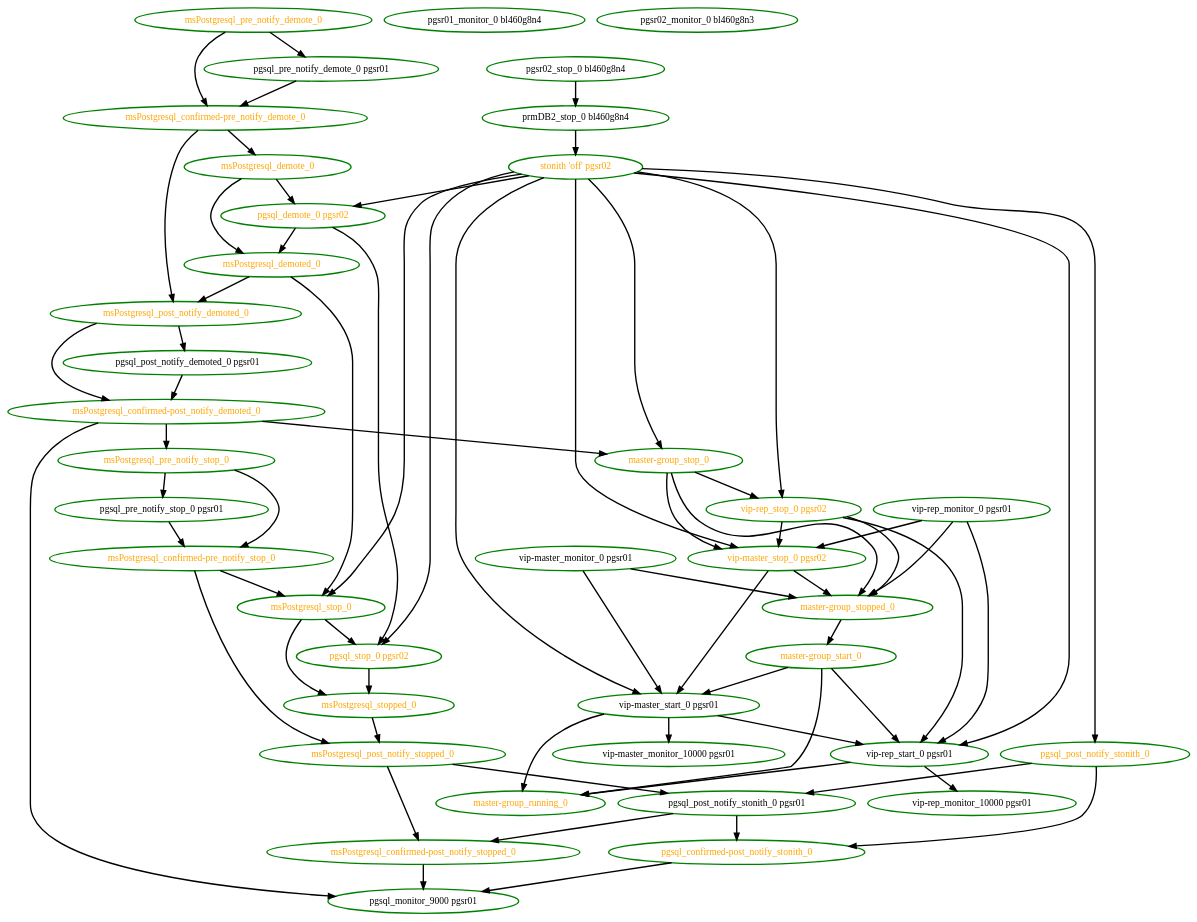
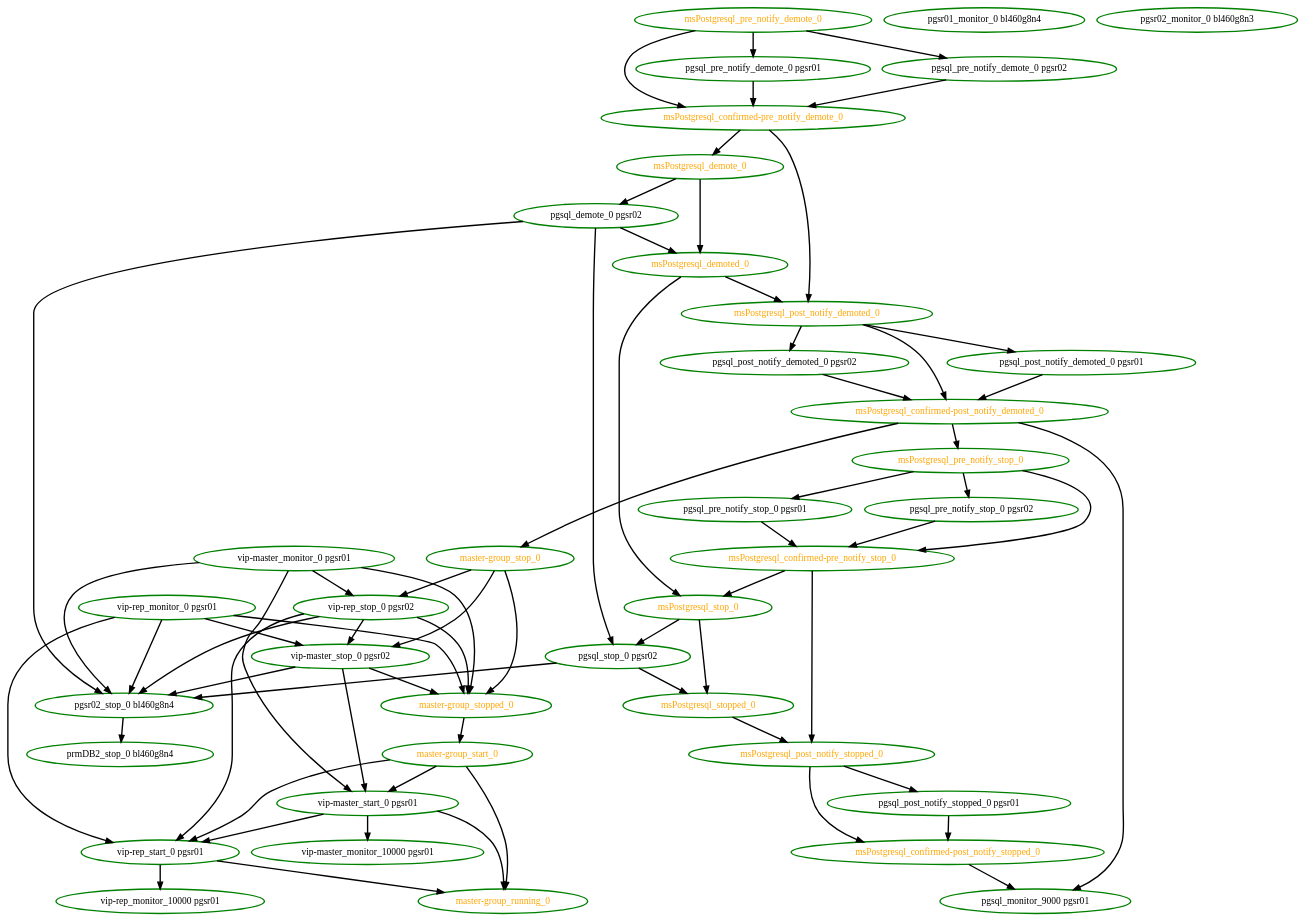
Before and after one commit to ClusterLabs/pacemaker: the diagram in cts/scheduler/dot/bug-cl-5247.dot, drawn with Graphviz. The commit also changed 21 other files, not shown here.

```diff
--- a/cts/scheduler/dot/bug-cl-5247.dot
+++ b/cts/scheduler/dot/bug-cl-5247.dot
@@ -1,107 +1,106 @@
  digraph "g" {
 "master-group_running_0" [ style=bold color="green" fontcolor="orange"]
 "master-group_start_0" -> "master-group_running_0" [ style = bold]
 "master-group_start_0" -> "vip-master_start_0 pgsr01" [ style = bold]
 "master-group_start_0" -> "vip-rep_start_0 pgsr01" [ style = bold]
 "master-group_start_0" [ style=bold color="green" fontcolor="orange"]
 "master-group_stop_0" -> "master-group_stopped_0" [ style = bold]
 "master-group_stop_0" -> "vip-master_stop_0 pgsr02" [ style = bold]
 "master-group_stop_0" -> "vip-rep_stop_0 pgsr02" [ style = bold]
 "master-group_stop_0" [ style=bold color="green" fontcolor="orange"]
 "master-group_stopped_0" -> "master-group_start_0" [ style = bold]
 "master-group_stopped_0" [ style=bold color="green" fontcolor="orange"]
 "msPostgresql_confirmed-post_notify_demoted_0" -> "master-group_stop_0" [ style = bold]
 "msPostgresql_confirmed-post_notify_demoted_0" -> "msPostgresql_pre_notify_stop_0" [ style = bold]
 "msPostgresql_confirmed-post_notify_demoted_0" -> "pgsql_monitor_9000 pgsr01" [ style = bold]
 "msPostgresql_confirmed-post_notify_demoted_0" [ style=bold color="green" fontcolor="orange"]
 "msPostgresql_confirmed-post_notify_stopped_0" -> "pgsql_monitor_9000 pgsr01" [ style = bold]
 "msPostgresql_confirmed-post_notify_stopped_0" [ style=bold color="green" fontcolor="orange"]
 "msPostgresql_confirmed-pre_notify_demote_0" -> "msPostgresql_demote_0" [ style = bold]
 "msPostgresql_confirmed-pre_notify_demote_0" -> "msPostgresql_post_notify_demoted_0" [ style = bold]
 "msPostgresql_confirmed-pre_notify_demote_0" [ style=bold color="green" fontcolor="orange"]
 "msPostgresql_confirmed-pre_notify_stop_0" -> "msPostgresql_post_notify_stopped_0" [ style = bold]
 "msPostgresql_confirmed-pre_notify_stop_0" -> "msPostgresql_stop_0" [ style = bold]
 "msPostgresql_confirmed-pre_notify_stop_0" [ style=bold color="green" fontcolor="orange"]
 "msPostgresql_demote_0" -> "msPostgresql_demoted_0" [ style = bold]
 "msPostgresql_demote_0" -> "pgsql_demote_0 pgsr02" [ style = bold]
 "msPostgresql_demote_0" [ style=bold color="green" fontcolor="orange"]
 "msPostgresql_demoted_0" -> "msPostgresql_post_notify_demoted_0" [ style = bold]
 "msPostgresql_demoted_0" -> "msPostgresql_stop_0" [ style = bold]
 "msPostgresql_demoted_0" [ style=bold color="green" fontcolor="orange"]
 "msPostgresql_post_notify_demoted_0" -> "msPostgresql_confirmed-post_notify_demoted_0" [ style = bold]
 "msPostgresql_post_notify_demoted_0" -> "pgsql_post_notify_demoted_0 pgsr01" [ style = bold]
+"msPostgresql_post_notify_demoted_0" -> "pgsql_post_notify_demoted_0 pgsr02" [ style = bold]
 "msPostgresql_post_notify_demoted_0" [ style=bold color="green" fontcolor="orange"]
 "msPostgresql_post_notify_stopped_0" -> "msPostgresql_confirmed-post_notify_stopped_0" [ style = bold]
-"msPostgresql_post_notify_stopped_0" -> "pgsql_post_notify_stonith_0 pgsr01" [ style = bold]
+"msPostgresql_post_notify_stopped_0" -> "pgsql_post_notify_stopped_0 pgsr01" [ style = bold]
 "msPostgresql_post_notify_stopped_0" [ style=bold color="green" fontcolor="orange"]
 "msPostgresql_pre_notify_demote_0" -> "msPostgresql_confirmed-pre_notify_demote_0" [ style = bold]
 "msPostgresql_pre_notify_demote_0" -> "pgsql_pre_notify_demote_0 pgsr01" [ style = bold]
+"msPostgresql_pre_notify_demote_0" -> "pgsql_pre_notify_demote_0 pgsr02" [ style = bold]
 "msPostgresql_pre_notify_demote_0" [ style=bold color="green" fontcolor="orange"]
 "msPostgresql_pre_notify_stop_0" -> "msPostgresql_confirmed-pre_notify_stop_0" [ style = bold]
 "msPostgresql_pre_notify_stop_0" -> "pgsql_pre_notify_stop_0 pgsr01" [ style = bold]
+"msPostgresql_pre_notify_stop_0" -> "pgsql_pre_notify_stop_0 pgsr02" [ style = bold]
 "msPostgresql_pre_notify_stop_0" [ style=bold color="green" fontcolor="orange"]
 "msPostgresql_stop_0" -> "msPostgresql_stopped_0" [ style = bold]
 "msPostgresql_stop_0" -> "pgsql_stop_0 pgsr02" [ style = bold]
 "msPostgresql_stop_0" [ style=bold color="green" fontcolor="orange"]
 "msPostgresql_stopped_0" -> "msPostgresql_post_notify_stopped_0" [ style = bold]
 "msPostgresql_stopped_0" [ style=bold color="green" fontcolor="orange"]
-"pgsql_confirmed-post_notify_stonith_0" -> "pgsql_monitor_9000 pgsr01" [ style = bold]
-"pgsql_confirmed-post_notify_stonith_0" [ style=bold color="green" fontcolor="orange"]
 "pgsql_demote_0 pgsr02" -> "msPostgresql_demoted_0" [ style = bold]
 "pgsql_demote_0 pgsr02" -> "pgsql_stop_0 pgsr02" [ style = bold]
-"pgsql_demote_0 pgsr02" [ style=bold color="green" fontcolor="orange"]
+"pgsql_demote_0 pgsr02" -> "pgsr02_stop_0 bl460g8n4" [ style = bold]
+"pgsql_demote_0 pgsr02" [ style=bold color="green" fontcolor="black"]
 "pgsql_monitor_9000 pgsr01" [ style=bold color="green" fontcolor="black"]
 "pgsql_post_notify_demoted_0 pgsr01" -> "msPostgresql_confirmed-post_notify_demoted_0" [ style = bold]
 "pgsql_post_notify_demoted_0 pgsr01" [ style=bold color="green" fontcolor="black"]
-"pgsql_post_notify_stonith_0 pgsr01" -> "msPostgresql_confirmed-post_notify_stopped_0" [ style = bold]
-"pgsql_post_notify_stonith_0 pgsr01" -> "pgsql_confirmed-post_notify_stonith_0" [ style = bold]
-"pgsql_post_notify_stonith_0 pgsr01" [ style=bold color="green" fontcolor="black"]
-"pgsql_post_notify_stonith_0" -> "pgsql_confirmed-post_notify_stonith_0" [ style = bold]
-"pgsql_post_notify_stonith_0" -> "pgsql_post_notify_stonith_0 pgsr01" [ style = bold]
-"pgsql_post_notify_stonith_0" [ style=bold color="green" fontcolor="orange"]
+"pgsql_post_notify_demoted_0 pgsr02" -> "msPostgresql_confirmed-post_notify_demoted_0" [ style = bold]
+"pgsql_post_notify_demoted_0 pgsr02" [ style=bold color="green" fontcolor="black"]
+"pgsql_post_notify_stopped_0 pgsr01" -> "msPostgresql_confirmed-post_notify_stopped_0" [ style = bold]
+"pgsql_post_notify_stopped_0 pgsr01" [ style=bold color="green" fontcolor="black"]
 "pgsql_pre_notify_demote_0 pgsr01" -> "msPostgresql_confirmed-pre_notify_demote_0" [ style = bold]
 "pgsql_pre_notify_demote_0 pgsr01" [ style=bold color="green" fontcolor="black"]
+"pgsql_pre_notify_demote_0 pgsr02" -> "msPostgresql_confirmed-pre_notify_demote_0" [ style = bold]
+"pgsql_pre_notify_demote_0 pgsr02" [ style=bold color="green" fontcolor="black"]
 "pgsql_pre_notify_stop_0 pgsr01" -> "msPostgresql_confirmed-pre_notify_stop_0" [ style = bold]
 "pgsql_pre_notify_stop_0 pgsr01" [ style=bold color="green" fontcolor="black"]
+"pgsql_pre_notify_stop_0 pgsr02" -> "msPostgresql_confirmed-pre_notify_stop_0" [ style = bold]
+"pgsql_pre_notify_stop_0 pgsr02" [ style=bold color="green" fontcolor="black"]
 "pgsql_stop_0 pgsr02" -> "msPostgresql_stopped_0" [ style = bold]
-"pgsql_stop_0 pgsr02" [ style=bold color="green" fontcolor="orange"]
+"pgsql_stop_0 pgsr02" -> "pgsr02_stop_0 bl460g8n4" [ style = bold]
+"pgsql_stop_0 pgsr02" [ style=bold color="green" fontcolor="black"]
 "pgsr01_monitor_0 bl460g8n4" [ style=bold color="green" fontcolor="black"]
 "pgsr02_monitor_0 bl460g8n3" [ style=bold color="green" fontcolor="black"]
 "pgsr02_stop_0 bl460g8n4" -> "prmDB2_stop_0 bl460g8n4" [ style = bold]
 "pgsr02_stop_0 bl460g8n4" [ style=bold color="green" fontcolor="black"]
-"prmDB2_stop_0 bl460g8n4" -> "stonith 'off' pgsr02" [ style = bold]
 "prmDB2_stop_0 bl460g8n4" [ style=bold color="green" fontcolor="black"]
-"stonith 'off' pgsr02" -> "master-group_stop_0" [ style = bold]
-"stonith 'off' pgsr02" -> "msPostgresql_stop_0" [ style = bold]
-"stonith 'off' pgsr02" -> "pgsql_demote_0 pgsr02" [ style = bold]
-"stonith 'off' pgsr02" -> "pgsql_post_notify_stonith_0" [ style = bold]
-"stonith 'off' pgsr02" -> "pgsql_stop_0 pgsr02" [ style = bold]
-"stonith 'off' pgsr02" -> "vip-master_start_0 pgsr01" [ style = bold]
-"stonith 'off' pgsr02" -> "vip-master_stop_0 pgsr02" [ style = bold]
-"stonith 'off' pgsr02" -> "vip-rep_start_0 pgsr01" [ style = bold]
-"stonith 'off' pgsr02" -> "vip-rep_stop_0 pgsr02" [ style = bold]
-"stonith 'off' pgsr02" [ style=bold color="green" fontcolor="orange"]
 "vip-master_monitor_0 pgsr01" -> "master-group_stopped_0" [ style = bold]
+"vip-master_monitor_0 pgsr01" -> "pgsr02_stop_0 bl460g8n4" [ style = bold]
 "vip-master_monitor_0 pgsr01" -> "vip-master_start_0 pgsr01" [ style = bold]
+"vip-master_monitor_0 pgsr01" -> "vip-rep_stop_0 pgsr02" [ style = bold]
 "vip-master_monitor_0 pgsr01" [ style=bold color="green" fontcolor="black"]
 "vip-master_monitor_10000 pgsr01" [ style=bold color="green" fontcolor="black"]
 "vip-master_start_0 pgsr01" -> "master-group_running_0" [ style = bold]
 "vip-master_start_0 pgsr01" -> "vip-master_monitor_10000 pgsr01" [ style = bold]
 "vip-master_start_0 pgsr01" -> "vip-rep_start_0 pgsr01" [ style = bold]
 "vip-master_start_0 pgsr01" [ style=bold color="green" fontcolor="black"]
 "vip-master_stop_0 pgsr02" -> "master-group_stopped_0" [ style = bold]
+"vip-master_stop_0 pgsr02" -> "pgsr02_stop_0 bl460g8n4" [ style = bold]
 "vip-master_stop_0 pgsr02" -> "vip-master_start_0 pgsr01" [ style = bold]
-"vip-master_stop_0 pgsr02" [ style=bold color="green" fontcolor="orange"]
+"vip-master_stop_0 pgsr02" [ style=bold color="green" fontcolor="black"]
 "vip-rep_monitor_0 pgsr01" -> "master-group_stopped_0" [ style = bold]
+"vip-rep_monitor_0 pgsr01" -> "pgsr02_stop_0 bl460g8n4" [ style = bold]
 "vip-rep_monitor_0 pgsr01" -> "vip-master_stop_0 pgsr02" [ style = bold]
 "vip-rep_monitor_0 pgsr01" -> "vip-rep_start_0 pgsr01" [ style = bold]
 "vip-rep_monitor_0 pgsr01" [ style=bold color="green" fontcolor="black"]
 "vip-rep_monitor_10000 pgsr01" [ style=bold color="green" fontcolor="black"]
 "vip-rep_start_0 pgsr01" -> "master-group_running_0" [ style = bold]
 "vip-rep_start_0 pgsr01" -> "vip-rep_monitor_10000 pgsr01" [ style = bold]
 "vip-rep_start_0 pgsr01" [ style=bold color="green" fontcolor="black"]
 "vip-rep_stop_0 pgsr02" -> "master-group_stopped_0" [ style = bold]
+"vip-rep_stop_0 pgsr02" -> "pgsr02_stop_0 bl460g8n4" [ style = bold]
 "vip-rep_stop_0 pgsr02" -> "vip-master_stop_0 pgsr02" [ style = bold]
 "vip-rep_stop_0 pgsr02" -> "vip-rep_start_0 pgsr01" [ style = bold]
-"vip-rep_stop_0 pgsr02" [ style=bold color="green" fontcolor="orange"]
+"vip-rep_stop_0 pgsr02" [ style=bold color="green" fontcolor="black"]
 }
```
